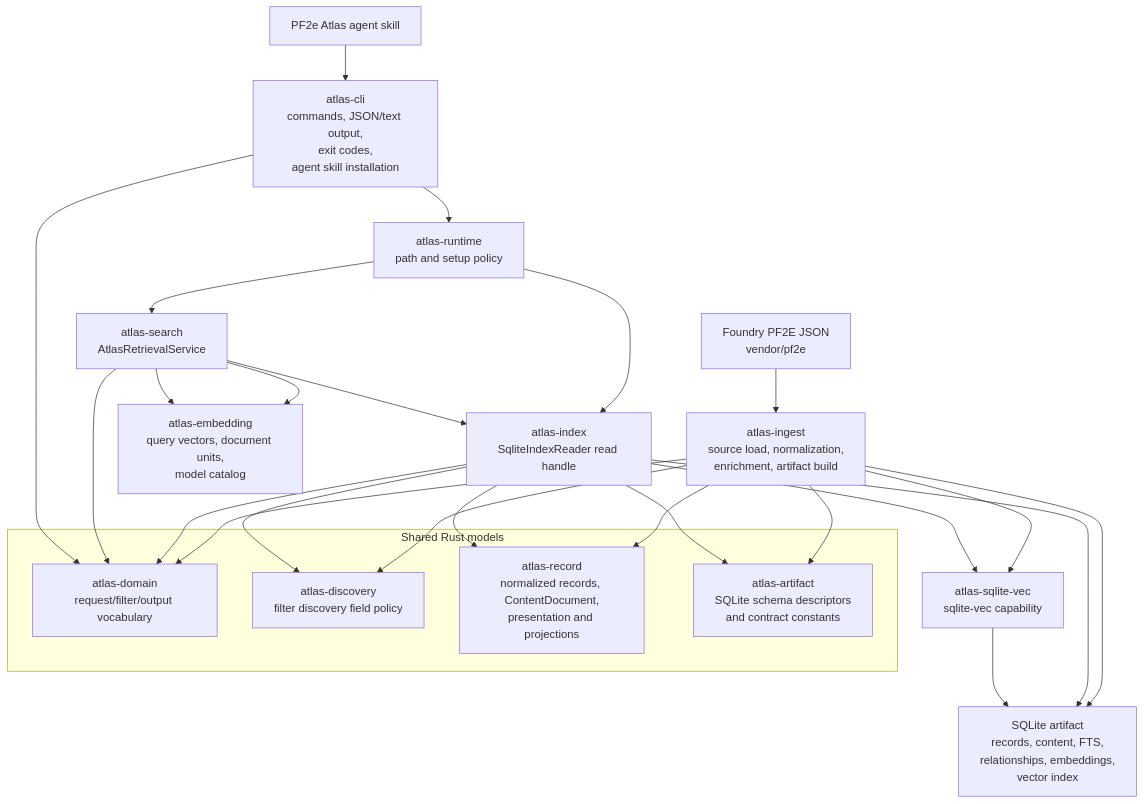
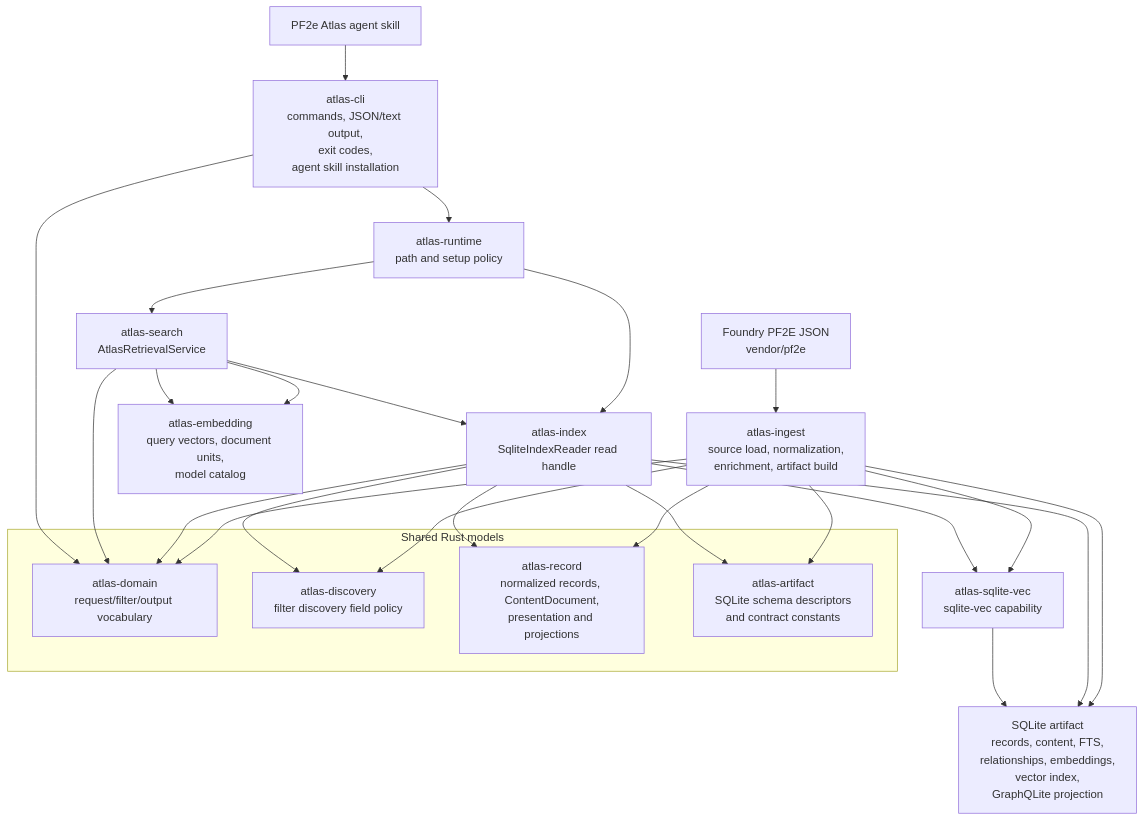
Before and after one commit to e-kosten/pf2e-atlas: the first of 4 diagrams in docs/architecture/runtime.md, drawn with Mermaid. The commit also changed other lines of this file and 18 other files, not shown here.

Commit message:
feat: add graphqlite graph projection spike

````diff
--- a/docs/architecture/runtime.md
+++ b/docs/architecture/runtime.md
@@ -9,36 +9,36 @@
 ```mermaid
 flowchart TD
     source["Foundry PF2E JSON<br/>vendor/pf2e"] --> ingest["atlas-ingest<br/>source load, normalization,<br/>enrichment, artifact build"]
-    ingest --> artifact["SQLite artifact<br/>records, content, FTS,<br/>relationships, embeddings,<br/>vector index"]
+    ingest --> artifact["SQLite artifact<br/>records, content, FTS,<br/>relationships, embeddings,<br/>vector index,<br/>GraphQLite projection"]
 
     skill["PF2e Atlas agent skill"] --> cli["atlas-cli<br/>commands, JSON/text output,<br/>exit codes,<br/>agent skill installation"]
     cli --> runtime["atlas-runtime<br/>path and setup policy"]
     runtime --> search["atlas-search<br/>AtlasRetrievalService"]
     runtime --> index["atlas-index<br/>SqliteIndexReader read handle"]
 
     search --> index
     search --> embedding["atlas-embedding<br/>query vectors, document units,<br/>model catalog"]
     index --> artifact
     ingest --> sqliteVec["atlas-sqlite-vec<br/>sqlite-vec capability"]
     index --> sqliteVec
     sqliteVec --> artifact
 
     subgraph SharedRustModels["Shared Rust models"]
       domain["atlas-domain<br/>request/filter/output vocabulary"]
       discovery["atlas-discovery<br/>filter discovery field policy"]
       record["atlas-record<br/>normalized records, ContentDocument,<br/>presentation and projections"]
       artifactSchema["atlas-artifact<br/>SQLite schema descriptors<br/>and contract constants"]
     end
 
     ingest --> domain
     ingest --> discovery
     ingest --> record
     ingest --> artifactSchema
     index --> domain
     index --> discovery
     index --> record
     index --> artifactSchema
     search --> domain
     search --> embedding
     cli --> domain
 ```
````
